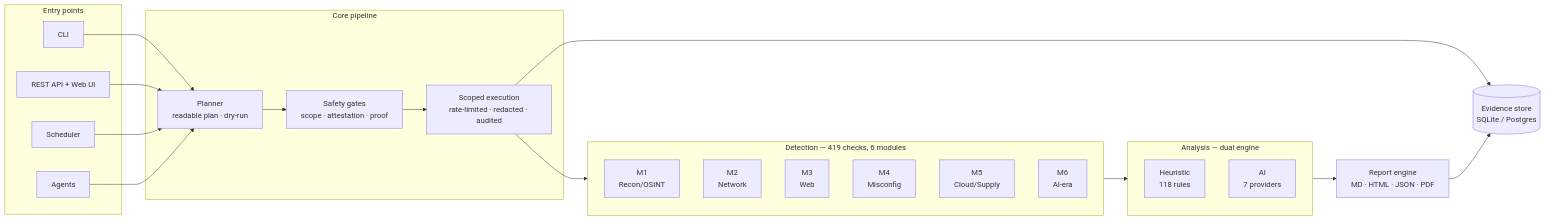
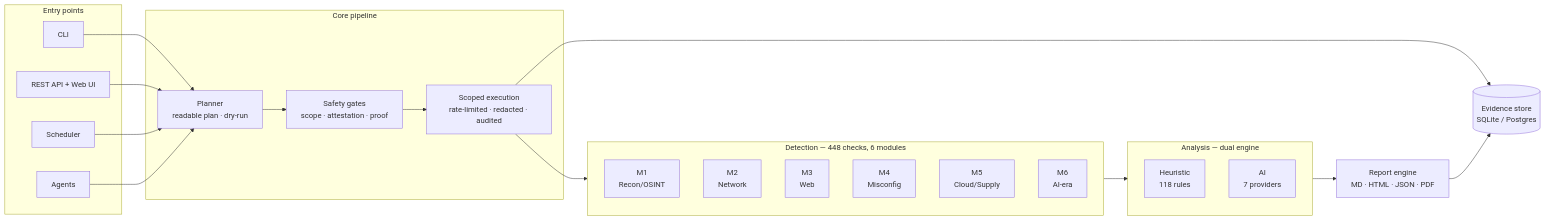
One commit to 0xFE1C/ARACHNE changed the first of 2 diagrams in README.md. Above: the diagram before and after it, drawn with Mermaid. The commit also changed other lines of this file and 27 other files, not shown here.

````diff
--- a/README.md
+++ b/README.md
@@ -60,40 +60,40 @@
 ```mermaid
 flowchart LR
     subgraph entry["Entry points"]
         CLI["CLI"]
         API["REST API + Web UI"]
         SCH["Scheduler"]
         AGT["Agents"]
     end
     subgraph pipeline["Core pipeline"]
         PLAN["Planner<br/>readable plan · dry-run"]
         GATES["Safety gates<br/>scope · attestation · proof"]
         RUN["Scoped execution<br/>rate-limited · redacted · audited"]
     end
-    subgraph modules["Detection — 419 checks, 6 modules"]
+    subgraph modules["Detection — 448 checks, 6 modules"]
         M1["M1<br/>Recon/OSINT"]
         M2["M2<br/>Network"]
         M3["M3<br/>Web"]
         M4["M4<br/>Misconfig"]
         M5["M5<br/>Cloud/Supply"]
         M6["M6<br/>AI-era"]
     end
     subgraph engines["Analysis — dual engine"]
         HEUR["Heuristic<br/>118 rules"]
         AIE["AI<br/>7 providers"]
     end
     REP["Report engine<br/>MD · HTML · JSON · PDF"]
     DB[("Evidence store<br/>SQLite / Postgres")]
 
     CLI --> PLAN
     API --> PLAN
     SCH --> PLAN
     AGT --> PLAN
     PLAN --> GATES
     GATES --> RUN
     RUN --> modules
     modules --> engines
     engines --> REP
     RUN --> DB
     REP --> DB
 ```
````
